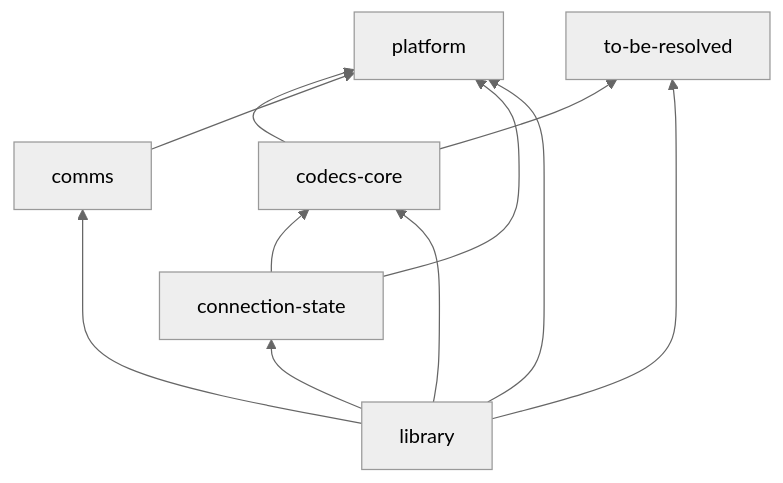
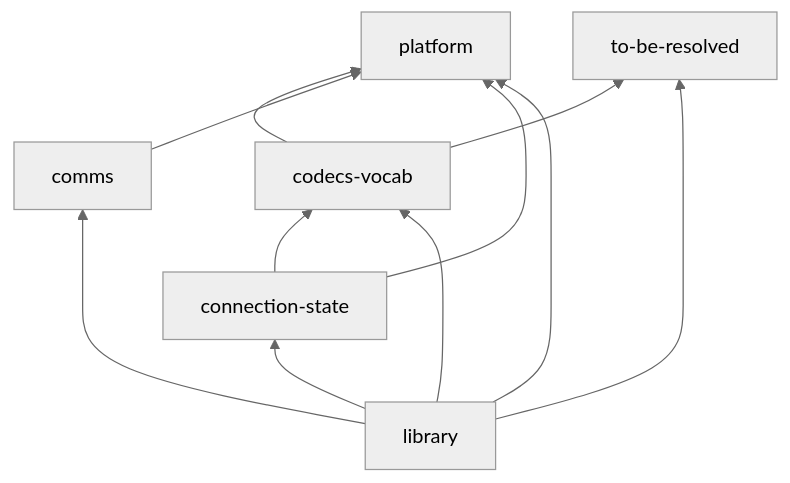
Before and after one commit to nikita-volkov/hasql: the first of 2 diagrams in AGENTS.md, drawn with Mermaid (neutral theme). The commit also changed other lines of this file and 1 other file, not shown here.

````diff
--- a/AGENTS.md
+++ b/AGENTS.md
@@ -48,15 +48,15 @@
 ```mermaid
 flowchart BT
   platform
   to-be-resolved
-  codecs-core --> platform
-  codecs-core --> to-be-resolved
+  codecs-vocab --> platform
+  codecs-vocab --> to-be-resolved
   comms --> platform
-  connection-state --> codecs-core
+  connection-state --> codecs-vocab
   connection-state --> platform
-  library --> codecs-core
+  library --> codecs-vocab
   library --> comms
   library --> connection-state
   library --> platform
   library --> to-be-resolved
 ```
````
